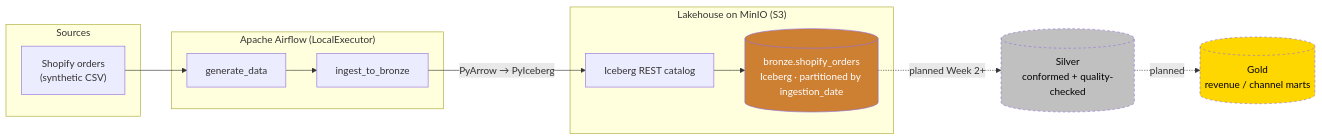
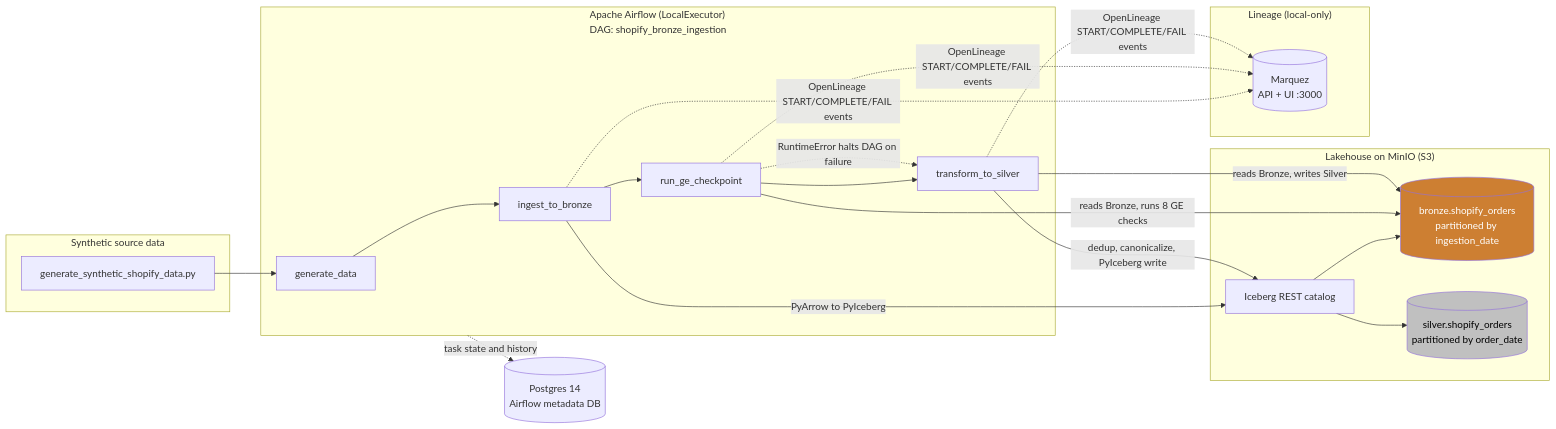
One commit to aadhilajas/cartco-lakehouse changed the diagram in README.md. Above: the diagram before and after it, drawn with Mermaid. The commit also changed other lines of this file and 1 other file, not shown here.

Commit message:
docs: merge README conflict (Week1 Loom link + nav) and resolve week1 video link rename

````diff
--- a/README.md
+++ b/README.md
@@ -31,28 +33,45 @@
 ```mermaid
 flowchart LR
-    subgraph SRC["Sources"]
-        SHOP["Shopify orders<br/>(synthetic CSV)"]
+    subgraph GEN_STAGE["Synthetic source data"]
+        GEN_SCRIPT["generate_synthetic_shopify_data.py"]
     end
 
-    subgraph ORCH["Apache Airflow (LocalExecutor)"]
-        GEN["generate_data"]
-        ING["ingest_to_bronze"]
-        GEN --> ING
+    subgraph ORCH["Apache Airflow (LocalExecutor)<br/>DAG: shopify_bronze_ingestion"]
+        T1["generate_data"]
+        T2["ingest_to_bronze"]
+        T3["run_ge_checkpoint"]
+        T4["transform_to_silver"]
+        T1 --> T2 --> T3 --> T4
     end
+
+    META[("Postgres 14<br/>Airflow metadata DB")]
 
     subgraph LAKE["Lakehouse on MinIO (S3)"]
         REST["Iceberg REST catalog"]
-        BRONZE[("bronze.shopify_orders<br/>Iceberg · partitioned by ingestion_date")]
+        BRONZE[("bronze.shopify_orders<br/>partitioned by ingestion_date")]
+        SILVER[("silver.shopify_orders<br/>partitioned by order_date")]
     end
 
-    SHOP --> GEN
-    ING -->|PyArrow → PyIceberg| REST
+    subgraph LINEAGE["Lineage (local-only)"]
+        MARQUEZ[("Marquez<br/>API + UI :3000")]
+    end
+
+    GEN_SCRIPT --> T1
+    T2 -->|PyArrow to PyIceberg| REST
     REST --> BRONZE
 
-    BRONZE -.->|planned Week 2+| SILVER[("Silver<br/>conformed + quality-checked")]
-    SILVER -.->|planned| GOLD[("Gold<br/>revenue / channel marts")]
+    T3 -->|reads Bronze, runs 8 GE checks| BRONZE
+    T3 -.->|RuntimeError halts DAG on failure| T4
+
+    T4 -->|reads Bronze, writes Silver| BRONZE
+    T4 -->|dedup, canonicalize, PyIceberg write| REST
+    REST --> SILVER
+
+    ORCH -.->|task state and history| META
+    T2 -.->|OpenLineage START/COMPLETE/FAIL events| MARQUEZ
+    T3 -.->|OpenLineage START/COMPLETE/FAIL events| MARQUEZ
+    T4 -.->|OpenLineage START/COMPLETE/FAIL events| MARQUEZ
 
     style BRONZE fill:#cd7f32,color:#fff
-    style SILVER fill:#c0c0c0,color:#000,stroke-dasharray: 4 4
-    style GOLD fill:#ffd700,color:#000,stroke-dasharray: 4 4
+    style SILVER fill:#c0c0c0,color:#000
 ```
````
